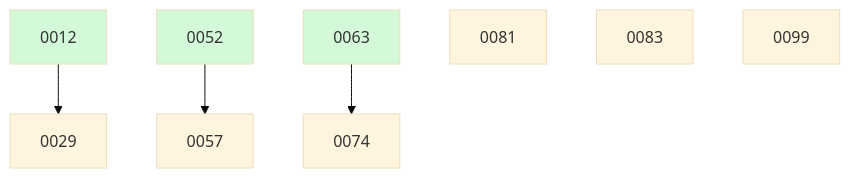
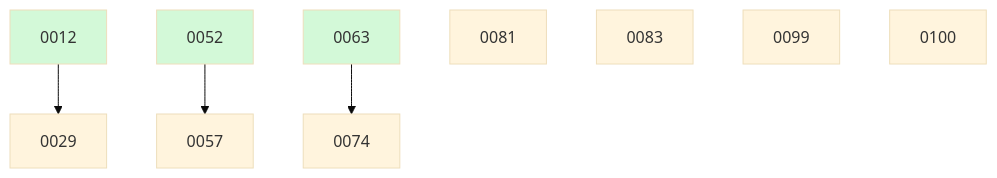
The diagram in docs/changes/BOARD.md (ethanhinson/fuse), drawn with Mermaid (base theme) before and after one commit. The commit also changed other lines of this file and 1 other file, not shown here.

````diff
--- a/docs/changes/BOARD.md
+++ b/docs/changes/BOARD.md
@@ -31,13 +32,14 @@
 ```mermaid
 graph TD
   0012 --> 0029
   0052 --> 0057
   0063 --> 0074
   0081
   0083
   0099
+  0100
   0012:::done
   0052:::done
   0063:::done
   classDef done fill:#d3f9d8;
 ```
````
